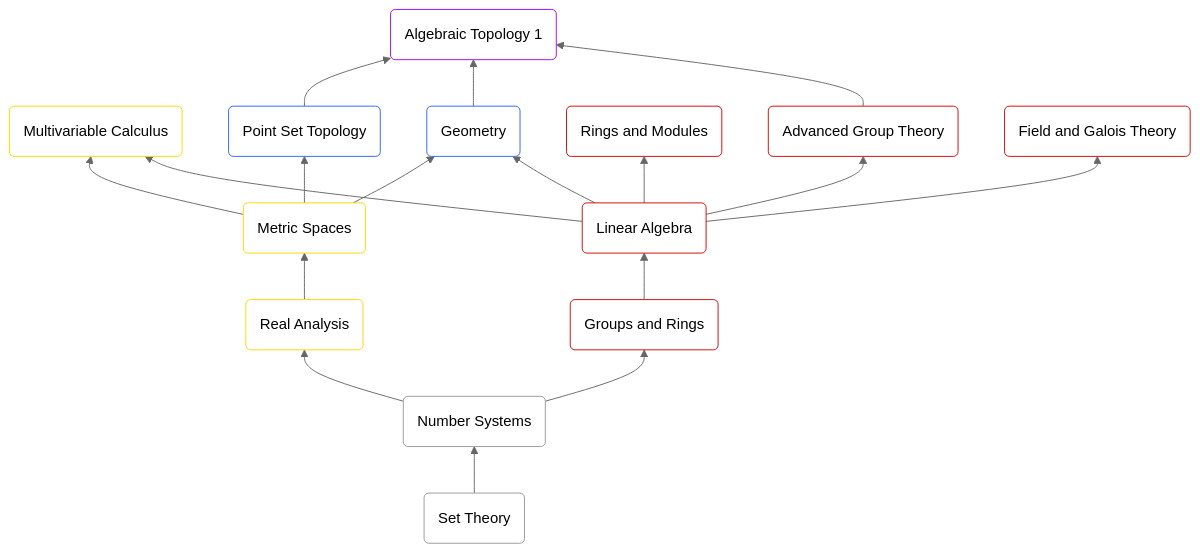
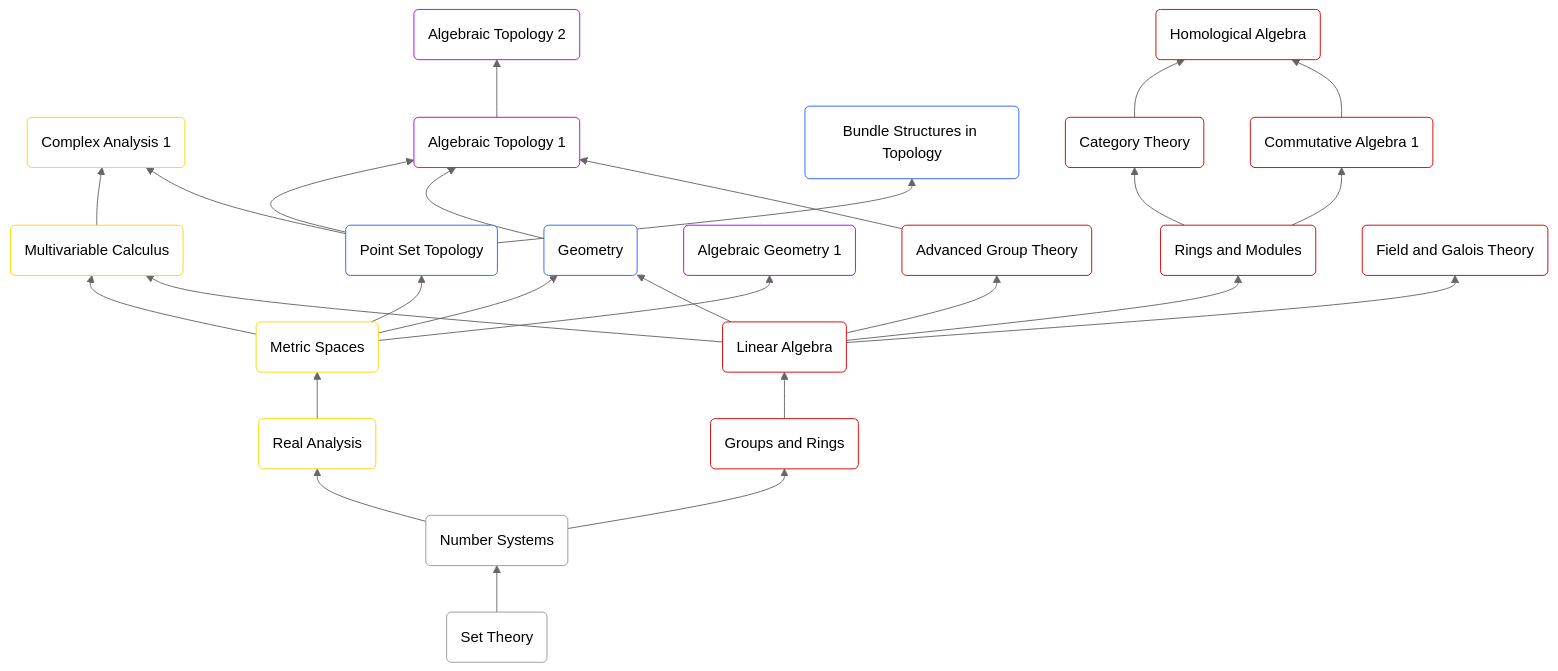
Before and after one commit to Labix-Liu/Notes: the diagram in README.md, drawn with Mermaid (neutral theme). The commit also changed 27 other files, not shown here.

````diff
--- a/README.md
+++ b/README.md
@@ -18,46 +18,54 @@
 ```mermaid
 flowchart BT
     A("Set Theory") --> B("Number Systems")
     B --> C("Real Analysis") & D("Groups and Rings")
     C --> E("Metric Spaces")
     D --> F("Linear Algebra")
-    E --> G("Multivariable Calculus") & H("Point Set Topology") & I("Geometry")
+    E --> G("Multivariable Calculus") & H("Point Set Topology") & I("Geometry") & S("Algebraic Geometry 1")
     F --> G & I & J("Rings and Modules") & K("Advanced Group Theory") & L("Field and Galois Theory")
-    H --> M("Algebraic Topology 1")
+    G --> N("Complex Analysis 1")
+    H --> M("Algebraic Topology 1") & N & R("Bundle Structures in Topology")
     I --> M
+    J --> O("Category Theory") & P("Commutative Algebra 1")
     K --> M
+    M --> Q("Algebraic Topology 2")
+    O --> T("Homological Algebra")
+    P --> T
 
      A:::None
      B:::None
      C:::Analysis
      D:::Algebra
      E:::Analysis
      F:::Algebra
      G:::Analysis
-     H:::Class_01
-     H:::TopologyGeometry
      H:::TopGeo
-     I:::Class_01
-     I:::TopologyGeometry
      I:::TopGeo
      J:::Algebra
      K:::Algebra
      L:::Algebra
      M:::AlgTopGeo
+     N:::Analysis
+     O:::Algebra
+     P:::Algebra
+     Q:::AlgTopGeo
+     R:::TopGeo
+     S:::AlgTopGeo
+     T:::Algebra
     classDef AlgTopGeo stroke:#AA00FF, fill:#FFFFFF
     classDef TopGeo stroke:#2962FF, fill:#FFFFFF
     classDef Analysis stroke:#FFD600, fill:#FFFFFF
     classDef Algebra stroke:#D50000, fill:#FFFFFF
     classDef None fill:#FFFFFF
     click A "https://github.com/Labix-Liu/Notes/blob/main/Sets%20and%20Numbers/Set%20Theory/Set%20Theory.pdf"
     click D "https://github.com/Labix-Liu/Notes/blob/main/Algebra/Groups%20and%20Rings/Groups%20and%20Rings.pdf"
     click F "https://github.com/Labix-Liu/Notes/blob/main/Algebra/Linear%20Algebra/Linear%20Algebra.pdf"
     click H "https://github.com/Labix-Liu/Notes/blob/main/Geometry%20and%20Topology/Point%20Set%20Topology/Point%20Set%20Topology.pdf"
     click J "https://github.com/Labix-Liu/Notes/blob/main/Algebra/Rings%20and%20Modules/Rings%20and%20Modules.pdf"
     click M "https://github.com/Labix-Liu/Notes/blob/main/Geometry%20and%20Topology/Algebraic%20Topology%201/Algebraic%20Topology%201.pdf"
 
 
 
 
 
 ```
````
